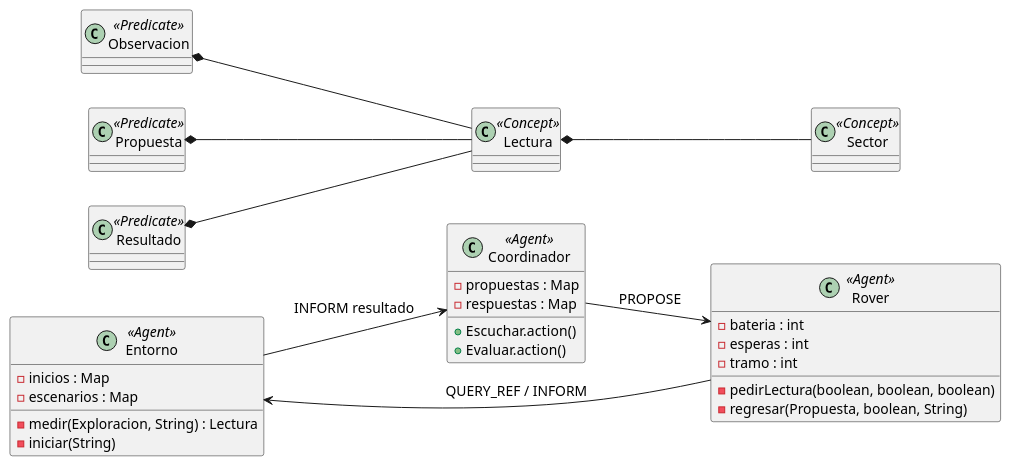
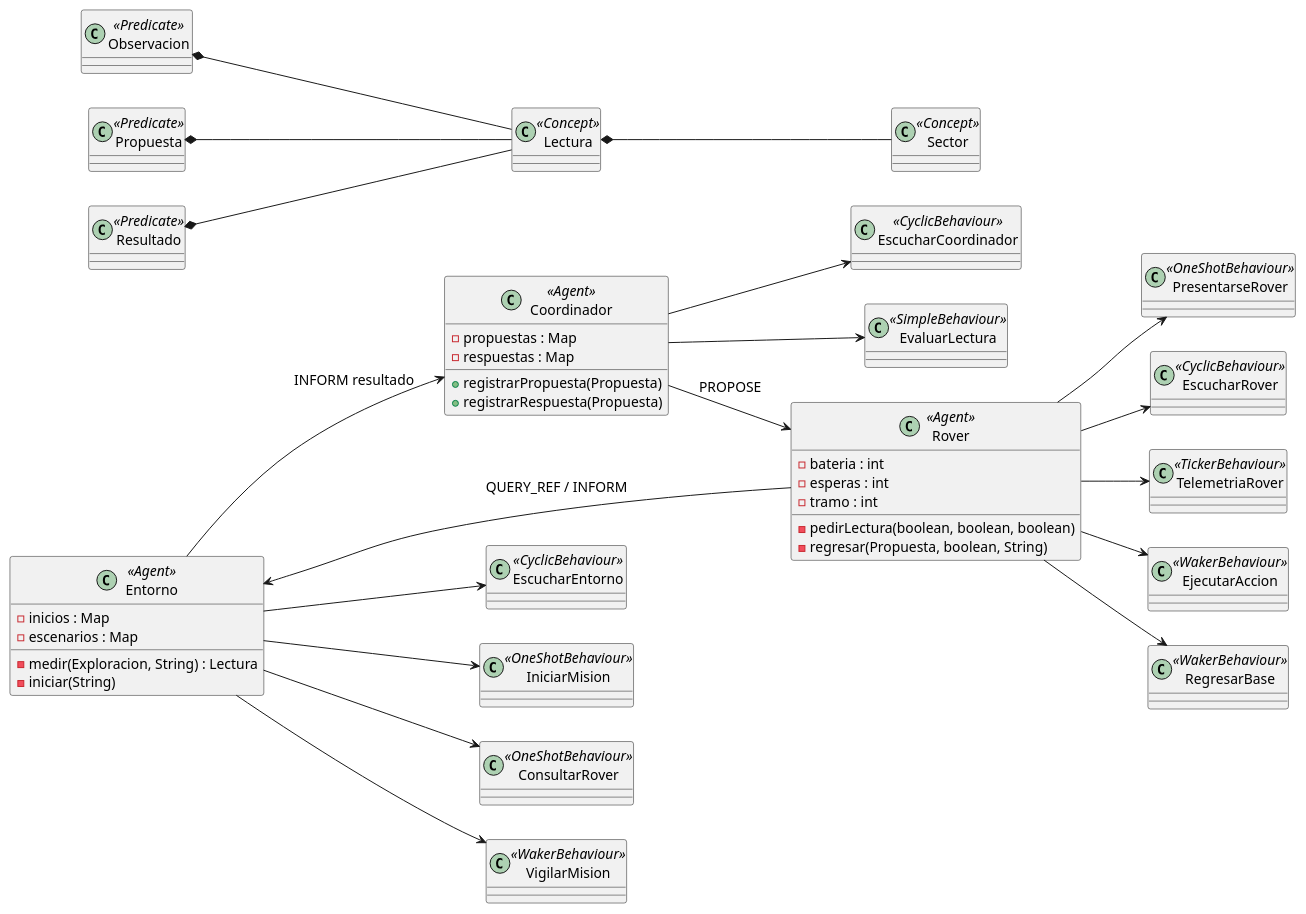
The diagram in documentacion/02-clases.puml (arielmendoza007/mision-marte-jade), drawn with PlantUML before and after one commit. The commit also changed 24 other files, not shown here.

Commit message:
Reorganizar 11 comportamientos JADE y actualizar diagramas y reporte

```diff
--- a/documentacion/02-clases.puml
+++ b/documentacion/02-clases.puml
@@ -1,37 +1,59 @@
 @startuml
 skinparam backgroundColor white
 skinparam shadowing false
 skinparam defaultFontSize 14
 left to right direction
 class Entorno <<Agent>> {
   - inicios : Map
   - escenarios : Map
   - medir(Exploracion, String) : Lectura
   - iniciar(String)
 }
 class Coordinador <<Agent>> {
   - propuestas : Map
   - respuestas : Map
-  + Escuchar.action()
-  + Evaluar.action()
+  + registrarPropuesta(Propuesta)
+  + registrarRespuesta(Propuesta)
 }
 class Rover <<Agent>> {
   - bateria : int
   - esperas : int
   - tramo : int
   - pedirLectura(boolean, boolean, boolean)
   - regresar(Propuesta, boolean, String)
 }
+class EscucharEntorno <<CyclicBehaviour>>
+class IniciarMision <<OneShotBehaviour>>
+class ConsultarRover <<OneShotBehaviour>>
+class VigilarMision <<WakerBehaviour>>
+class EscucharCoordinador <<CyclicBehaviour>>
+class EvaluarLectura <<SimpleBehaviour>>
+class PresentarseRover <<OneShotBehaviour>>
+class EscucharRover <<CyclicBehaviour>>
+class TelemetriaRover <<TickerBehaviour>>
+class EjecutarAccion <<WakerBehaviour>>
+class RegresarBase <<WakerBehaviour>>
 class Observacion <<Predicate>>
 class Propuesta <<Predicate>>
 class Resultado <<Predicate>>
 class Lectura <<Concept>>
 class Sector <<Concept>>
+Entorno --> EscucharEntorno
+Entorno --> IniciarMision
+Entorno --> ConsultarRover
+Entorno --> VigilarMision
+Coordinador --> EscucharCoordinador
+Coordinador --> EvaluarLectura
+Rover --> PresentarseRover
+Rover --> EscucharRover
+Rover --> TelemetriaRover
+Rover --> EjecutarAccion
+Rover --> RegresarBase
 Entorno --> Coordinador : INFORM resultado
 Coordinador --> Rover : PROPOSE
 Rover --> Entorno : QUERY_REF / INFORM
 Observacion *-- Lectura
 Propuesta *-- Lectura
 Resultado *-- Lectura
 Lectura *-- Sector
 @enduml
```
